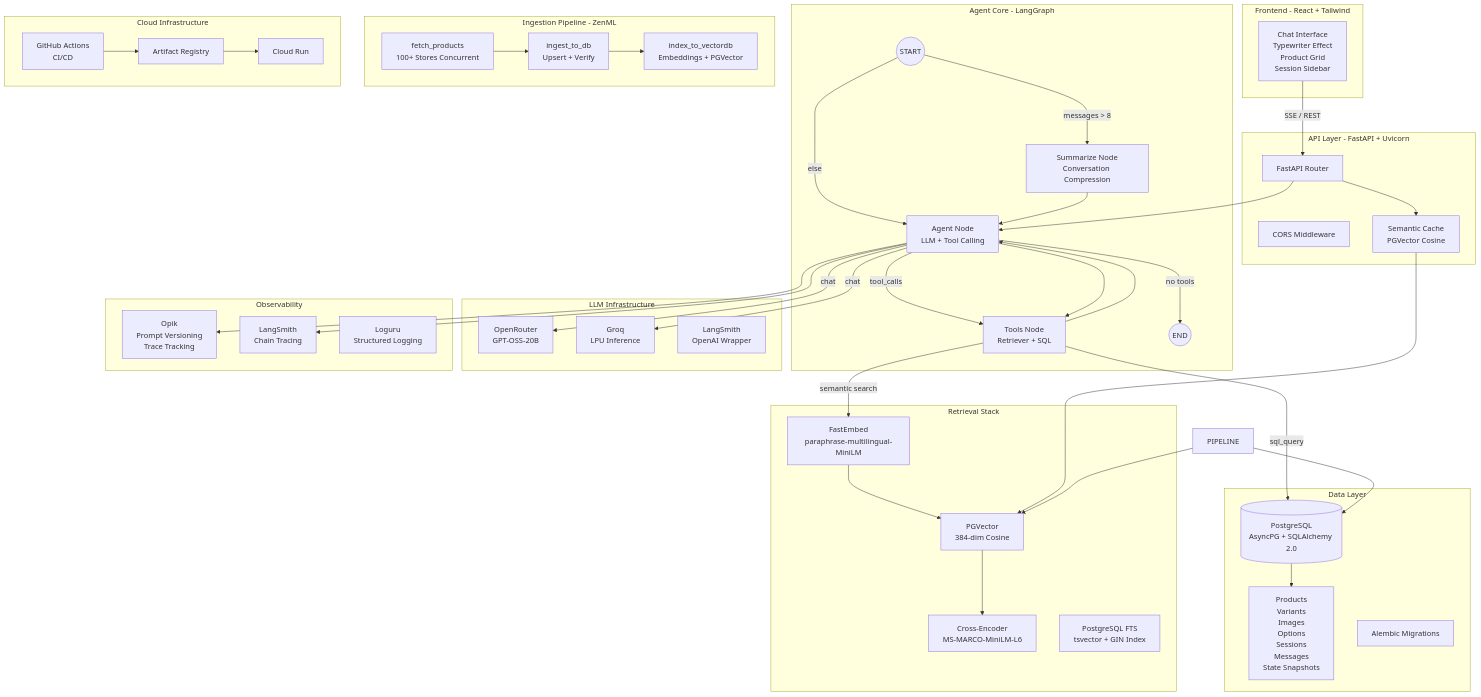
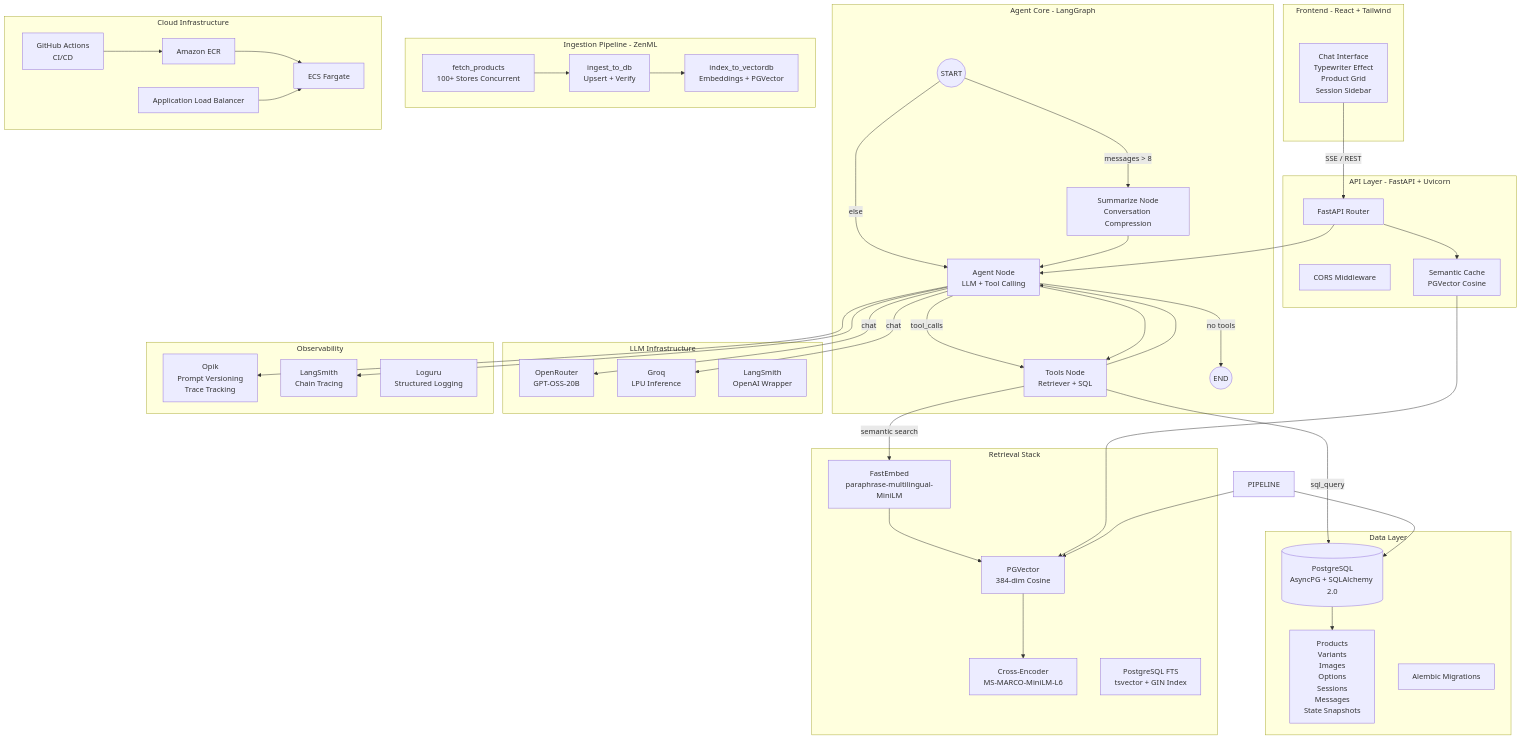
The first of 3 diagrams in README.md (MohammedTawfikEldeeb/shopify-shopping-assistant-agent), drawn with Mermaid before and after one commit. The commit also changed other lines of this file and 8 other files, not shown here.

````diff
--- a/README.md
+++ b/README.md
@@ -117,8 +117,9 @@
     end
 
     subgraph Cloud["Cloud Infrastructure"]
-        GCR[Artifact Registry]
-        CR[Cloud Run]
+        ECR[Amazon ECR]
+        ECS[ECS Fargate]
+        ALB[Application Load Balancer]
         GH[GitHub Actions<br/>CI/CD]
     end
 
@@ -138,6 +139,7 @@
     DB --> MODELS
     PIPELINE --> DB
     PIPELINE --> PGV
-    GH --> GCR
-    GCR --> CR
+    GH --> ECR
+    ECR --> ECS
+    ALB --> ECS
 ```
````
